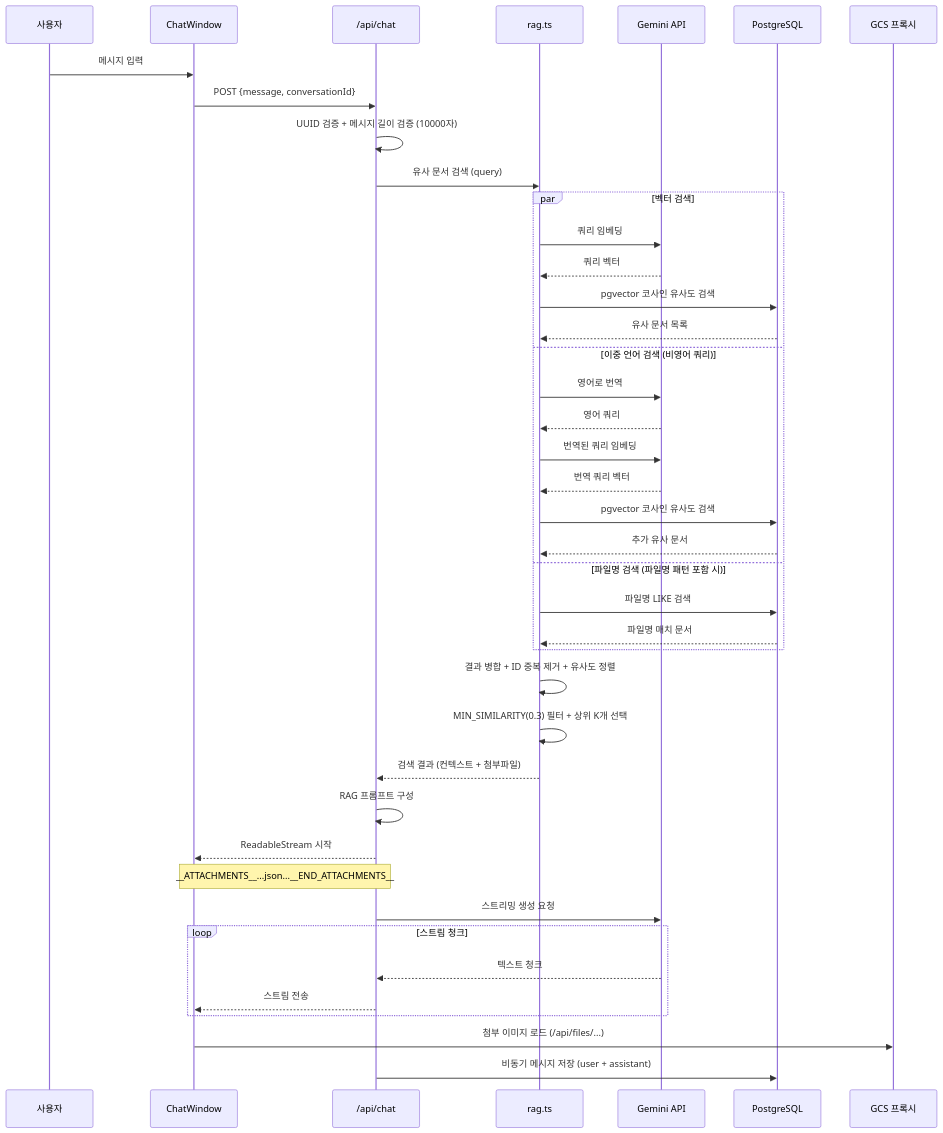
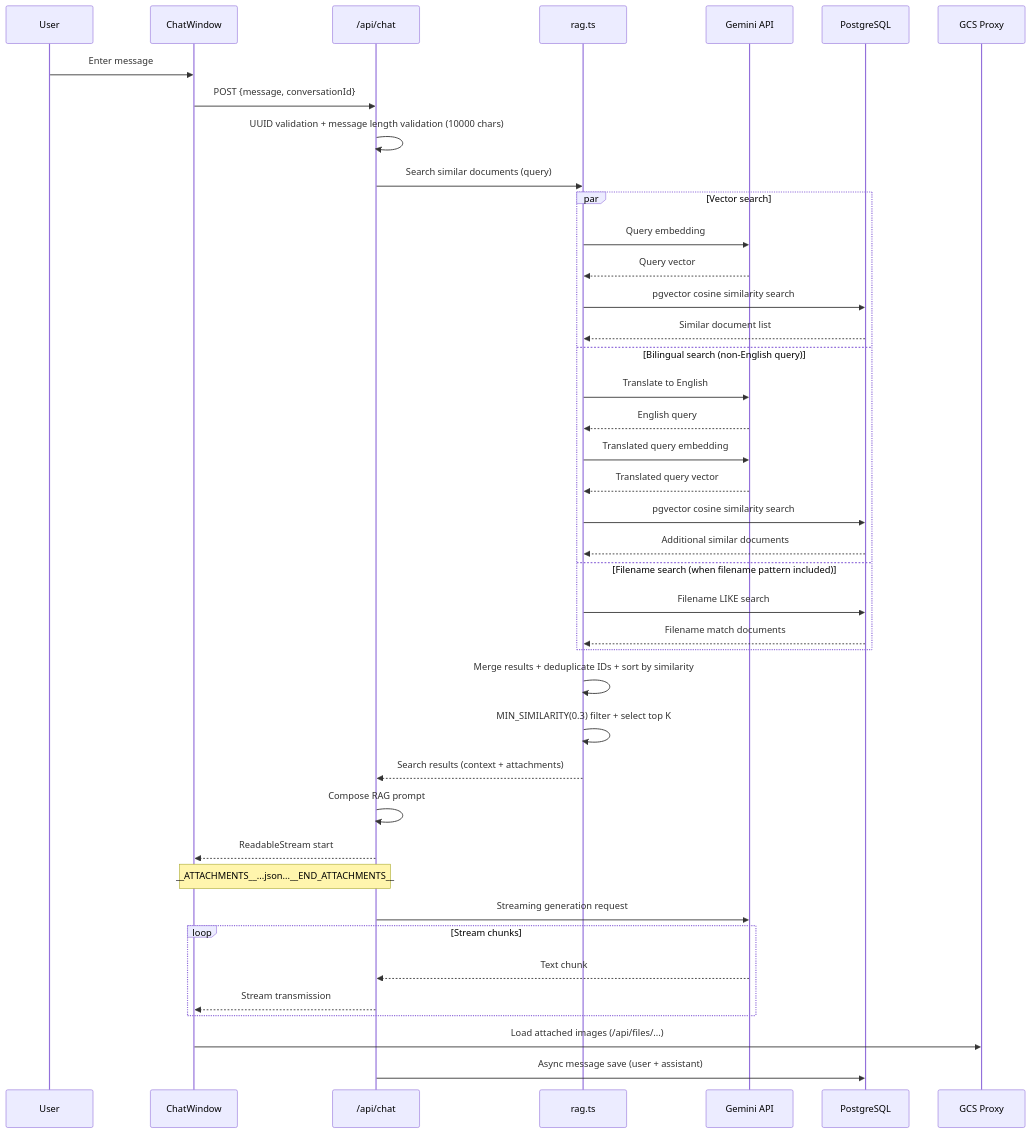
Before and after one commit to midasol/gemini-embedding-2: the fourth of 12 diagrams in docs/ko/ARCHITECTURE.md, drawn with Mermaid. The commit also changed other lines of this file and 17 other files, not shown here.

First line of the commit message:
feat: translate all Korean text to English across UI, prompts, and docs

````diff
--- a/docs/ko/ARCHITECTURE.md
+++ b/docs/ko/ARCHITECTURE.md
@@ -181,52 +181,52 @@
 ```mermaid
 sequenceDiagram
-    participant User as 사용자
+    participant User as User
     participant UI as ChatWindow
     participant API as /api/chat
     participant RAG as rag.ts
     participant Gemini as Gemini API
     participant DB as PostgreSQL
-    participant GCS as GCS 프록시
+    participant GCS as GCS Proxy
 
-    User->>UI: 메시지 입력
+    User->>UI: Enter message
     UI->>API: POST {message, conversationId}
-    API->>API: UUID 검증 + 메시지 길이 검증 (10000자)
+    API->>API: UUID validation + message length validation (10000 chars)
 
-    API->>RAG: 유사 문서 검색 (query)
+    API->>RAG: Search similar documents (query)
 
-    par 벡터 검색
-        RAG->>Gemini: 쿼리 임베딩
-        Gemini-->>RAG: 쿼리 벡터
-        RAG->>DB: pgvector 코사인 유사도 검색
-        DB-->>RAG: 유사 문서 목록
-    and 이중 언어 검색 (비영어 쿼리)
-        RAG->>Gemini: 영어로 번역
-        Gemini-->>RAG: 영어 쿼리
-        RAG->>Gemini: 번역된 쿼리 임베딩
-        Gemini-->>RAG: 번역 쿼리 벡터
-        RAG->>DB: pgvector 코사인 유사도 검색
-        DB-->>RAG: 추가 유사 문서
-    and 파일명 검색 (파일명 패턴 포함 시)
-        RAG->>DB: 파일명 LIKE 검색
-        DB-->>RAG: 파일명 매치 문서
+    par Vector search
+        RAG->>Gemini: Query embedding
+        Gemini-->>RAG: Query vector
+        RAG->>DB: pgvector cosine similarity search
+        DB-->>RAG: Similar document list
+    and Bilingual search (non-English query)
+        RAG->>Gemini: Translate to English
+        Gemini-->>RAG: English query
+        RAG->>Gemini: Translated query embedding
+        Gemini-->>RAG: Translated query vector
+        RAG->>DB: pgvector cosine similarity search
+        DB-->>RAG: Additional similar documents
+    and Filename search (when filename pattern included)
+        RAG->>DB: Filename LIKE search
+        DB-->>RAG: Filename match documents
     end
 
-    RAG->>RAG: 결과 병합 + ID 중복 제거 + 유사도 정렬
-    RAG->>RAG: MIN_SIMILARITY(0.3) 필터 + 상위 K개 선택
-    RAG-->>API: 검색 결과 (컨텍스트 + 첨부파일)
+    RAG->>RAG: Merge results + deduplicate IDs + sort by similarity
+    RAG->>RAG: MIN_SIMILARITY(0.3) filter + select top K
+    RAG-->>API: Search results (context + attachments)
 
-    API->>API: RAG 프롬프트 구성
+    API->>API: Compose RAG prompt
 
-    API-->>UI: ReadableStream 시작
+    API-->>UI: ReadableStream start
     Note over API,UI: __ATTACHMENTS__...json...__END_ATTACHMENTS__
 
-    API->>Gemini: 스트리밍 생성 요청
-    loop 스트림 청크
-        Gemini-->>API: 텍스트 청크
-        API-->>UI: 스트림 전송
+    API->>Gemini: Streaming generation request
+    loop Stream chunks
+        Gemini-->>API: Text chunk
+        API-->>UI: Stream transmission
     end
 
-    UI->>GCS: 첨부 이미지 로드 (/api/files/...)
+    UI->>GCS: Load attached images (/api/files/...)
 
-    API->>DB: 비동기 메시지 저장 (user + assistant)
+    API->>DB: Async message save (user + assistant)
 ```
````
